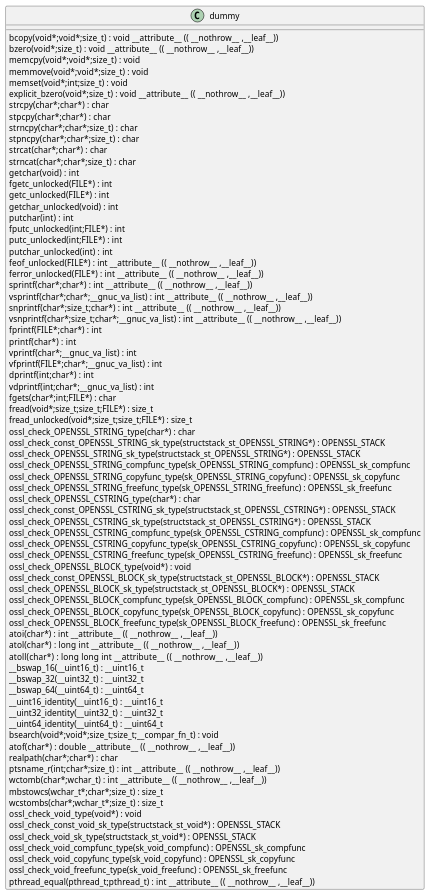
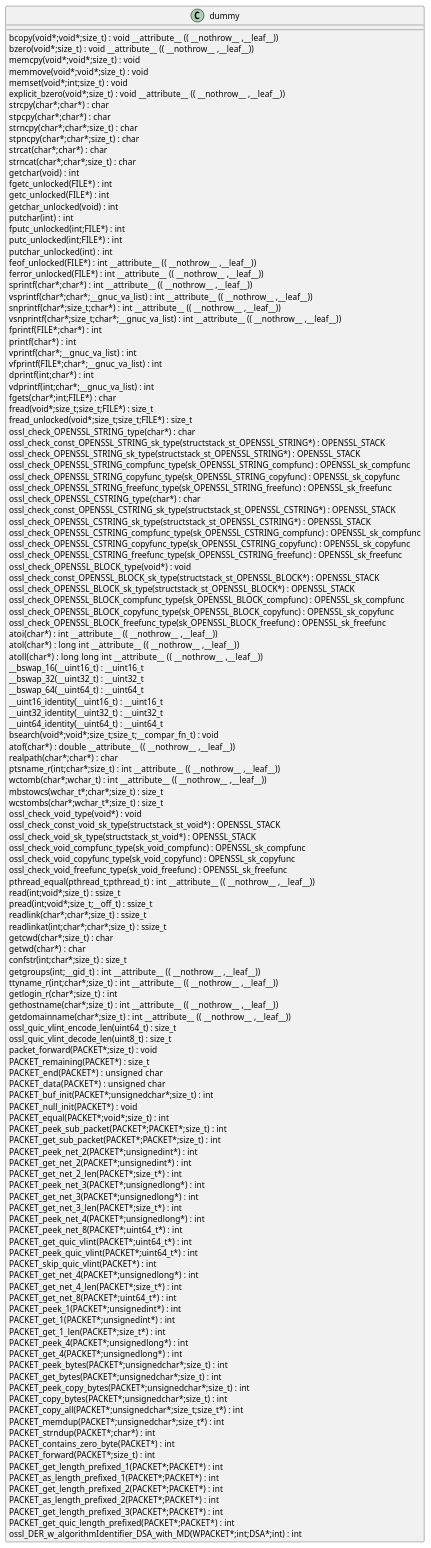
Before and after one commit to qualitesys/openssl: the diagram in docs/qc/providers/common/der/der_dsa_sig.c.puml, drawn with PlantUML. The commit also changed 3667 other files, not shown here.

```diff
--- a/docs/qc/providers/common/der/der_dsa_sig.c.puml
+++ b/docs/qc/providers/common/der/der_dsa_sig.c.puml
@@ -77,5 +77,63 @@
 ossl_check_void_copyfunc_type(sk_void_copyfunc) : OPENSSL_sk_copyfunc [[[./../../../.././qc/providers/common/der/der_dsa_sig.c.html#1]]]
 ossl_check_void_freefunc_type(sk_void_freefunc) : OPENSSL_sk_freefunc [[[./../../../.././qc/providers/common/der/der_dsa_sig.c.html#1]]]
 pthread_equal(pthread_t;pthread_t) :  int  __attribute__ (( __nothrow__ ,__leaf__)) [[[./../../../.././qc/providers/common/der/der_dsa_sig.c.html#1]]]
+read(int;void*;size_t) : ssize_t [[[./../../../.././qc/providers/common/der/der_dsa_sig.c.html#1]]]
+pread(int;void*;size_t;__off_t) : ssize_t [[[./../../../.././qc/providers/common/der/der_dsa_sig.c.html#1]]]
+readlink(char*;char*;size_t) : ssize_t [[[./../../../.././qc/providers/common/der/der_dsa_sig.c.html#1]]]
+readlinkat(int;char*;char*;size_t) : ssize_t [[[./../../../.././qc/providers/common/der/der_dsa_sig.c.html#1]]]
+getcwd(char*;size_t) :  char  [[[./../../../.././qc/providers/common/der/der_dsa_sig.c.html#1]]]
+getwd(char*) :  char  [[[./../../../.././qc/providers/common/der/der_dsa_sig.c.html#1]]]
+confstr(int;char*;size_t) : size_t [[[./../../../.././qc/providers/common/der/der_dsa_sig.c.html#1]]]
+getgroups(int;__gid_t) :  int  __attribute__ (( __nothrow__ ,__leaf__)) [[[./../../../.././qc/providers/common/der/der_dsa_sig.c.html#1]]]
+ttyname_r(int;char*;size_t) :  int  __attribute__ (( __nothrow__ ,__leaf__)) [[[./../../../.././qc/providers/common/der/der_dsa_sig.c.html#1]]]
+getlogin_r(char*;size_t) :  int  [[[./../../../.././qc/providers/common/der/der_dsa_sig.c.html#1]]]
+gethostname(char*;size_t) :  int  __attribute__ (( __nothrow__ ,__leaf__)) [[[./../../../.././qc/providers/common/der/der_dsa_sig.c.html#1]]]
+getdomainname(char*;size_t) :  int  __attribute__ (( __nothrow__ ,__leaf__)) [[[./../../../.././qc/providers/common/der/der_dsa_sig.c.html#1]]]
+ossl_quic_vlint_encode_len(uint64_t) : size_t [[[./../../../.././qc/providers/common/der/der_dsa_sig.c.html#1]]]
+ossl_quic_vlint_decode_len(uint8_t) : size_t [[[./../../../.././qc/providers/common/der/der_dsa_sig.c.html#1]]]
+packet_forward(PACKET*;size_t) :  void  [[[./../../../.././qc/providers/common/der/der_dsa_sig.c.html#1]]]
+PACKET_remaining(PACKET*) : size_t [[[./../../../.././qc/providers/common/der/der_dsa_sig.c.html#1]]]
+PACKET_end(PACKET*) :  unsigned  char  [[[./../../../.././qc/providers/common/der/der_dsa_sig.c.html#1]]]
+PACKET_data(PACKET*) :  unsigned  char  [[[./../../../.././qc/providers/common/der/der_dsa_sig.c.html#1]]]
+PACKET_buf_init(PACKET*;unsignedchar*;size_t) :  int  [[[./../../../.././qc/providers/common/der/der_dsa_sig.c.html#1]]]
+PACKET_null_init(PACKET*) :  void  [[[./../../../.././qc/providers/common/der/der_dsa_sig.c.html#1]]]
+PACKET_equal(PACKET*;void*;size_t) :  int  [[[./../../../.././qc/providers/common/der/der_dsa_sig.c.html#1]]]
+PACKET_peek_sub_packet(PACKET*;PACKET*;size_t) :  int  [[[./../../../.././qc/providers/common/der/der_dsa_sig.c.html#1]]]
+PACKET_get_sub_packet(PACKET*;PACKET*;size_t) :  int  [[[./../../../.././qc/providers/common/der/der_dsa_sig.c.html#1]]]
+PACKET_peek_net_2(PACKET*;unsignedint*) :  int  [[[./../../../.././qc/providers/common/der/der_dsa_sig.c.html#1]]]
+PACKET_get_net_2(PACKET*;unsignedint*) :  int  [[[./../../../.././qc/providers/common/der/der_dsa_sig.c.html#1]]]
+PACKET_get_net_2_len(PACKET*;size_t*) :  int  [[[./../../../.././qc/providers/common/der/der_dsa_sig.c.html#1]]]
+PACKET_peek_net_3(PACKET*;unsignedlong*) :  int  [[[./../../../.././qc/providers/common/der/der_dsa_sig.c.html#1]]]
+PACKET_get_net_3(PACKET*;unsignedlong*) :  int  [[[./../../../.././qc/providers/common/der/der_dsa_sig.c.html#1]]]
+PACKET_get_net_3_len(PACKET*;size_t*) :  int  [[[./../../../.././qc/providers/common/der/der_dsa_sig.c.html#1]]]
+PACKET_peek_net_4(PACKET*;unsignedlong*) :  int  [[[./../../../.././qc/providers/common/der/der_dsa_sig.c.html#1]]]
+PACKET_peek_net_8(PACKET*;uint64_t*) :  int  [[[./../../../.././qc/providers/common/der/der_dsa_sig.c.html#1]]]
+PACKET_get_quic_vlint(PACKET*;uint64_t*) :  int  [[[./../../../.././qc/providers/common/der/der_dsa_sig.c.html#1]]]
+PACKET_peek_quic_vlint(PACKET*;uint64_t*) :  int  [[[./../../../.././qc/providers/common/der/der_dsa_sig.c.html#1]]]
+PACKET_skip_quic_vlint(PACKET*) :  int  [[[./../../../.././qc/providers/common/der/der_dsa_sig.c.html#1]]]
+PACKET_get_net_4(PACKET*;unsignedlong*) :  int  [[[./../../../.././qc/providers/common/der/der_dsa_sig.c.html#1]]]
+PACKET_get_net_4_len(PACKET*;size_t*) :  int  [[[./../../../.././qc/providers/common/der/der_dsa_sig.c.html#1]]]
+PACKET_get_net_8(PACKET*;uint64_t*) :  int  [[[./../../../.././qc/providers/common/der/der_dsa_sig.c.html#1]]]
+PACKET_peek_1(PACKET*;unsignedint*) :  int  [[[./../../../.././qc/providers/common/der/der_dsa_sig.c.html#1]]]
+PACKET_get_1(PACKET*;unsignedint*) :  int  [[[./../../../.././qc/providers/common/der/der_dsa_sig.c.html#1]]]
+PACKET_get_1_len(PACKET*;size_t*) :  int  [[[./../../../.././qc/providers/common/der/der_dsa_sig.c.html#1]]]
+PACKET_peek_4(PACKET*;unsignedlong*) :  int  [[[./../../../.././qc/providers/common/der/der_dsa_sig.c.html#1]]]
+PACKET_get_4(PACKET*;unsignedlong*) :  int  [[[./../../../.././qc/providers/common/der/der_dsa_sig.c.html#1]]]
+PACKET_peek_bytes(PACKET*;unsignedchar*;size_t) :  int  [[[./../../../.././qc/providers/common/der/der_dsa_sig.c.html#1]]]
+PACKET_get_bytes(PACKET*;unsignedchar*;size_t) :  int  [[[./../../../.././qc/providers/common/der/der_dsa_sig.c.html#1]]]
+PACKET_peek_copy_bytes(PACKET*;unsignedchar*;size_t) :  int  [[[./../../../.././qc/providers/common/der/der_dsa_sig.c.html#1]]]
+PACKET_copy_bytes(PACKET*;unsignedchar*;size_t) :  int  [[[./../../../.././qc/providers/common/der/der_dsa_sig.c.html#1]]]
+PACKET_copy_all(PACKET*;unsignedchar*;size_t;size_t*) :  int  [[[./../../../.././qc/providers/common/der/der_dsa_sig.c.html#1]]]
+PACKET_memdup(PACKET*;unsignedchar*;size_t*) :  int  [[[./../../../.././qc/providers/common/der/der_dsa_sig.c.html#1]]]
+PACKET_strndup(PACKET*;char*) :  int  [[[./../../../.././qc/providers/common/der/der_dsa_sig.c.html#1]]]
+PACKET_contains_zero_byte(PACKET*) :  int  [[[./../../../.././qc/providers/common/der/der_dsa_sig.c.html#1]]]
+PACKET_forward(PACKET*;size_t) :  int  [[[./../../../.././qc/providers/common/der/der_dsa_sig.c.html#1]]]
+PACKET_get_length_prefixed_1(PACKET*;PACKET*) :  int  [[[./../../../.././qc/providers/common/der/der_dsa_sig.c.html#1]]]
+PACKET_as_length_prefixed_1(PACKET*;PACKET*) :  int  [[[./../../../.././qc/providers/common/der/der_dsa_sig.c.html#1]]]
+PACKET_get_length_prefixed_2(PACKET*;PACKET*) :  int  [[[./../../../.././qc/providers/common/der/der_dsa_sig.c.html#1]]]
+PACKET_as_length_prefixed_2(PACKET*;PACKET*) :  int  [[[./../../../.././qc/providers/common/der/der_dsa_sig.c.html#1]]]
+PACKET_get_length_prefixed_3(PACKET*;PACKET*) :  int  [[[./../../../.././qc/providers/common/der/der_dsa_sig.c.html#1]]]
+PACKET_get_quic_length_prefixed(PACKET*;PACKET*) :  int  [[[./../../../.././qc/providers/common/der/der_dsa_sig.c.html#1]]]
+ossl_DER_w_algorithmIdentifier_DSA_with_MD(WPACKET*;int;DSA*;int) :  int  [[[./../../../.././qc/providers/common/der/der_dsa_sig.c.html#1]]]
 } 
 @enduml
```
